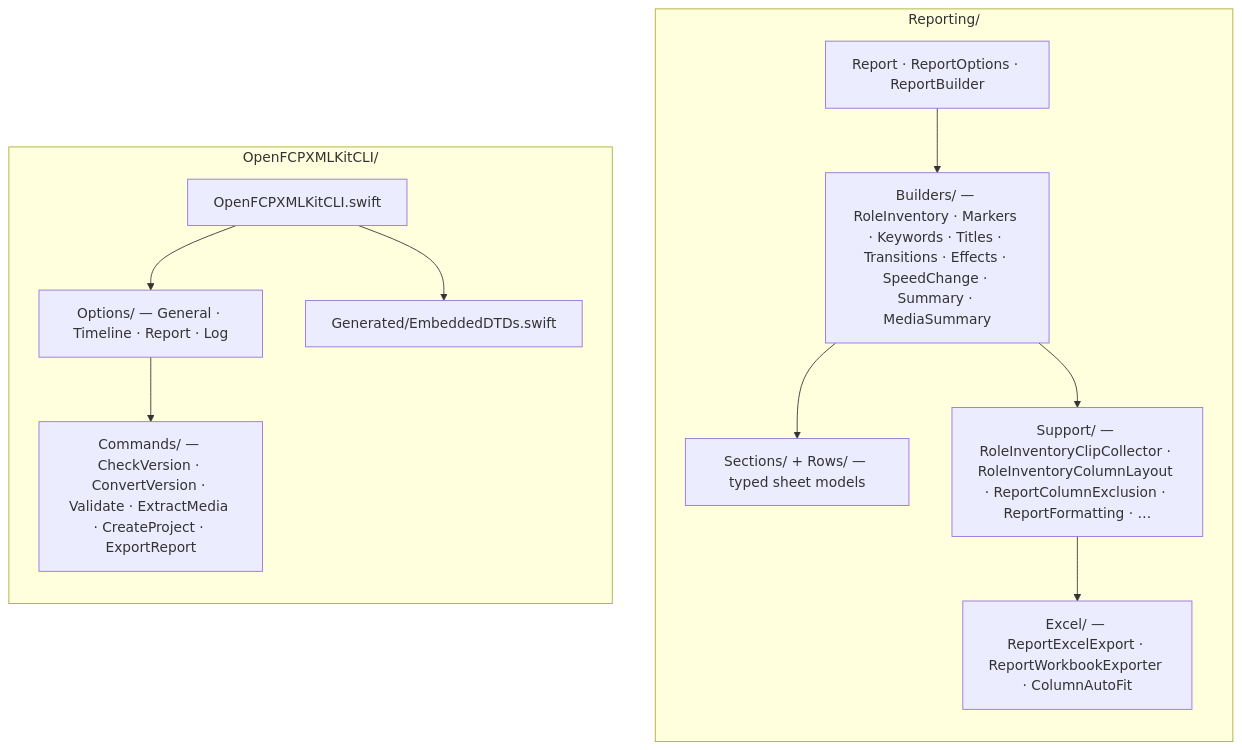
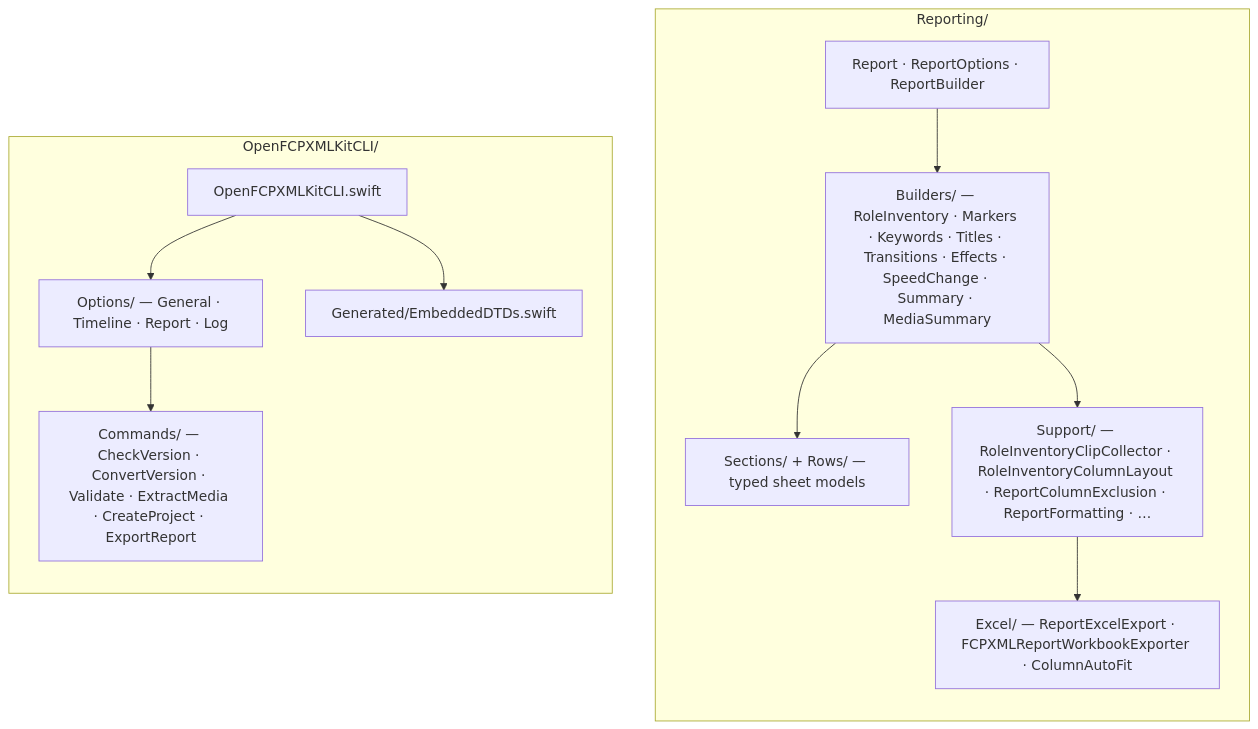
The third of 4 diagrams in ARCHITECTURE.md (TheAcharya/OpenFCPXMLKit), drawn with Mermaid before and after one commit. The commit also changed other lines of this file and 11 other files, not shown here.

````diff
--- a/ARCHITECTURE.md
+++ b/ARCHITECTURE.md
@@ -177,23 +178,23 @@
 ```mermaid
 flowchart TB
     subgraph REP_DETAIL["Reporting/"]
         direction TB
         R_TOP["Report · ReportOptions · ReportBuilder"]
         R_BLD["Builders/ — RoleInventory · Markers · Keywords · Titles · Transitions · Effects · SpeedChange · Summary · MediaSummary"]
         R_SEC["Sections/ + Rows/ — typed sheet models"]
         R_SUP["Support/ — RoleInventoryClipCollector · RoleInventoryColumnLayout · ReportColumnExclusion · ReportFormatting · …"]
-        R_XLS["Excel/ — ReportExcelExport · ReportWorkbookExporter · ColumnAutoFit"]
+        R_XLS["Excel/ — ReportExcelExport · FCPXMLReportWorkbookExporter · ColumnAutoFit"]
         R_TOP --> R_BLD --> R_SEC
         R_BLD --> R_SUP --> R_XLS
     end
 
     subgraph CLI_DETAIL["OpenFCPXMLKitCLI/"]
         direction TB
         C_ROOT["OpenFCPXMLKitCLI.swift"]
         C_OPT["Options/ — General · Timeline · Report · Log"]
         C_CMD["Commands/ — CheckVersion · ConvertVersion · Validate · ExtractMedia · CreateProject · ExportReport"]
         C_GEN["Generated/EmbeddedDTDs.swift"]
         C_ROOT --> C_OPT --> C_CMD
         C_ROOT --> C_GEN
     end
 ```
````
